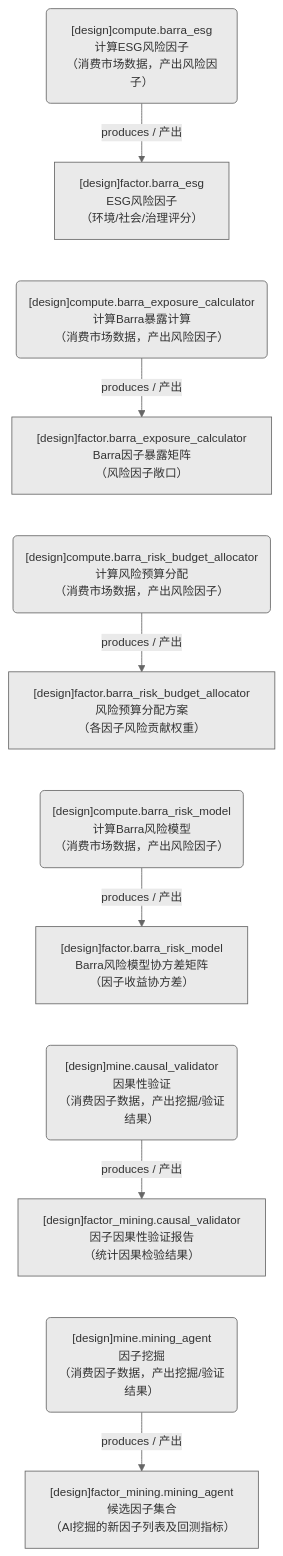
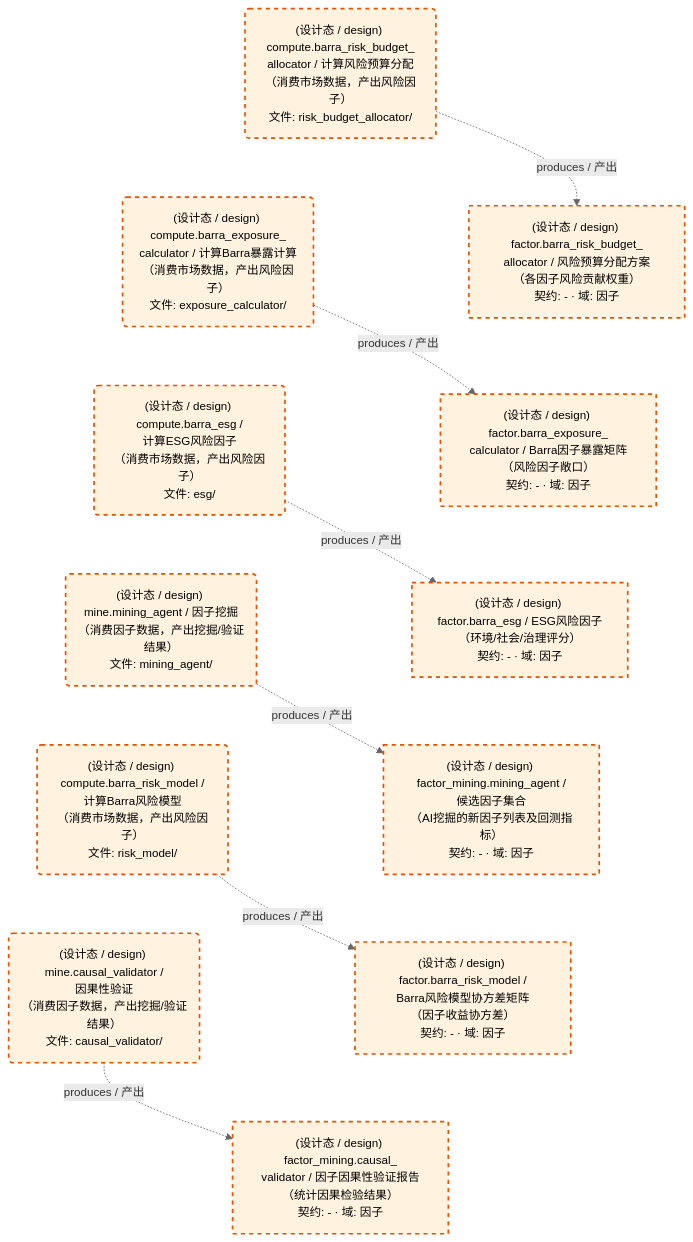
The second of 2 diagrams in docs/02_enterprise_architecture/05_dataflow_architecture/d_factor_barra_mine.md (xuanFelixVan/ZephyrAlpha), drawn with Mermaid before and after one commit. The commit also changed other lines of this file and 15 other files, not shown here.

First line of the commit message:
feat(dataflow): 数据流图生成器模板 V1.2 全面升级——灰色主题+TD竖排+四要素+预折行+HTML联动

````diff
--- a/docs/02_enterprise_architecture/05_dataflow_architecture/d_factor_barra_mine.md
+++ b/docs/02_enterprise_architecture/05_dataflow_architecture/d_factor_barra_mine.md
@@ -55,27 +95,37 @@
 ```mermaid
-%%{init: {'theme': 'base', 'themeVariables': {'primaryColor': '#eaeaea', 'primaryTextColor': '#333333', 'primaryBorderColor': '#666666', 'lineColor': '#666666', 'secondaryColor': '#eaeaea', 'tertiaryColor': '#eaeaea', 'fontSize': '14px'}}}%%
+%%{init: {'theme': 'base', 'themeVariables': {'primaryColor': '#eaeaea', 'primaryTextColor': '#333333', 'primaryBorderColor': '#666666', 'lineColor': '#666666', 'secondaryColor': '#eaeaea', 'tertiaryColor': '#eaeaea', 'clusterBkg': 'transparent', 'clusterBorder': 'transparent', 'fontSize': '14px'}}}%%
 flowchart TD
-    DS11239["[design]factor.barra_esg<br/>ESG风险因子<br/>（环境/社会/治理评分）"]
-    DS11240["[design]factor.barra_exposure_calculator<br/>Barra因子暴露矩阵<br/>（风险因子敞口）"]
-    DS11241["[design]factor.barra_risk_budget_allocator<br/>风险预算分配方案<br/>（各因子风险贡献权重）"]
-    DS11242["[design]factor.barra_risk_model<br/>Barra风险模型协方差矩阵<br/>（因子收益协方差）"]
-    DS11243["[design]factor_mining.causal_validator<br/>因子因果性验证报告<br/>（统计因果检验结果）"]
-    DS11244["[design]factor_mining.mining_agent<br/>候选因子集合<br/>（AI挖掘的新因子列表及回测指标）"]
-    JOB757603("[design]compute.barra_esg<br/>计算ESG风险因子<br/>（消费市场数据，产出风险因子）")
-    JOB757604("[design]compute.barra_exposure_calculator<br/>计算Barra暴露计算<br/>（消费市场数据，产出风险因子）")
-    JOB757605("[design]compute.barra_risk_budget_allocator<br/>计算风险预算分配<br/>（消费市场数据，产出风险因子）")
-    JOB757606("[design]compute.barra_risk_model<br/>计算Barra风险模型<br/>（消费市场数据，产出风险因子）")
-    JOB757607("[design]mine.causal_validator<br/>因果性验证<br/>（消费因子数据，产出挖掘/验证结果）")
-    JOB757608("[design]mine.mining_agent<br/>因子挖掘<br/>（消费因子数据，产出挖掘/验证结果）")
-    JOB757603 -->|produces / 产出| DS11239
-    JOB757604 -->|produces / 产出| DS11240
-    JOB757605 -->|produces / 产出| DS11241
-    JOB757606 -->|produces / 产出| DS11242
-    JOB757607 -->|produces / 产出| DS11243
-    JOB757608 -->|produces / 产出| DS11244
-    DS11239 ~~~ JOB757604
-    DS11240 ~~~ JOB757605
-    DS11241 ~~~ JOB757606
-    DS11242 ~~~ JOB757607
-    DS11243 ~~~ JOB757608
+    DS11239["(设计态 / design) factor.barra_esg / ESG风险因子<br/>（环境/社会/治理评分）<br/>契约: - · 域: 因子"]
+    DS11240["(设计态 / design) factor.barra_exposure_<br/>calculator / Barra因子暴露矩阵<br/>（风险因子敞口）<br/>契约: - · 域: 因子"]
+    DS11241["(设计态 / design) factor.barra_risk_budget_<br/>allocator / 风险预算分配方案<br/>（各因子风险贡献权重）<br/>契约: - · 域: 因子"]
+    DS11242["(设计态 / design) factor.barra_risk_model /<br/>Barra风险模型协方差矩阵<br/>（因子收益协方差）<br/>契约: - · 域: 因子"]
+    DS11243["(设计态 / design) factor_mining.causal_<br/>validator / 因子因果性验证报告<br/>（统计因果检验结果）<br/>契约: - · 域: 因子"]
+    DS11244["(设计态 / design) factor_mining.mining_agent /<br/>候选因子集合<br/>（AI挖掘的新因子列表及回测指标）<br/>契约: - · 域: 因子"]
+    JOB757603("(设计态 / design) compute.barra_esg /<br/>计算ESG风险因子<br/>（消费市场数据，产出风险因子）<br/>文件: esg/")
+    JOB757604("(设计态 / design) compute.barra_exposure_<br/>calculator / 计算Barra暴露计算<br/>（消费市场数据，产出风险因子）<br/>文件: exposure_calculator/")
+    JOB757605("(设计态 / design) compute.barra_risk_budget_<br/>allocator / 计算风险预算分配<br/>（消费市场数据，产出风险因子）<br/>文件: risk_budget_allocator/")
+    JOB757606("(设计态 / design) compute.barra_risk_model /<br/>计算Barra风险模型<br/>（消费市场数据，产出风险因子）<br/>文件: risk_model/")
+    JOB757607("(设计态 / design) mine.causal_validator /<br/>因果性验证<br/>（消费因子数据，产出挖掘/验证结果）<br/>文件: causal_validator/")
+    JOB757608("(设计态 / design) mine.mining_agent / 因子挖掘<br/>（消费因子数据，产出挖掘/验证结果）<br/>文件: mining_agent/")
+    JOB757603 -.->|produces / 产出| DS11239
+    JOB757604 -.->|produces / 产出| DS11240
+    JOB757605 -.->|produces / 产出| DS11241
+    JOB757606 -.->|produces / 产出| DS11242
+    JOB757607 -.->|produces / 产出| DS11243
+    JOB757608 -.->|produces / 产出| DS11244
+    JOB757605 ~~~ JOB757604
+    JOB757604 ~~~ JOB757603
+    JOB757603 ~~~ JOB757608
+    JOB757608 ~~~ JOB757606
+    JOB757606 ~~~ JOB757607
+    DS11241 ~~~ DS11240
+    DS11240 ~~~ DS11239
+    DS11239 ~~~ DS11244
+    DS11244 ~~~ DS11242
+    DS11242 ~~~ DS11243
+    classDef production fill:#e1f5fe,stroke:#01579b,stroke-width:2px,color:#000
+    classDef design fill:#fff3e0,stroke:#e65100,stroke-width:2px,color:#000,stroke-dasharray: 5 5
+    classDef external_prod fill:#e8f4fd,stroke:#0277bd,stroke-width:1px,color:#000
+    classDef external_design fill:#fff8e7,stroke:#ef6c00,stroke-width:1px,color:#000,stroke-dasharray: 5 5
+    class DS11239,DS11240,DS11241,DS11242,DS11243,DS11244,JOB757603,JOB757604,JOB757605,JOB757606,JOB757607,JOB757608 design
 ```
````
